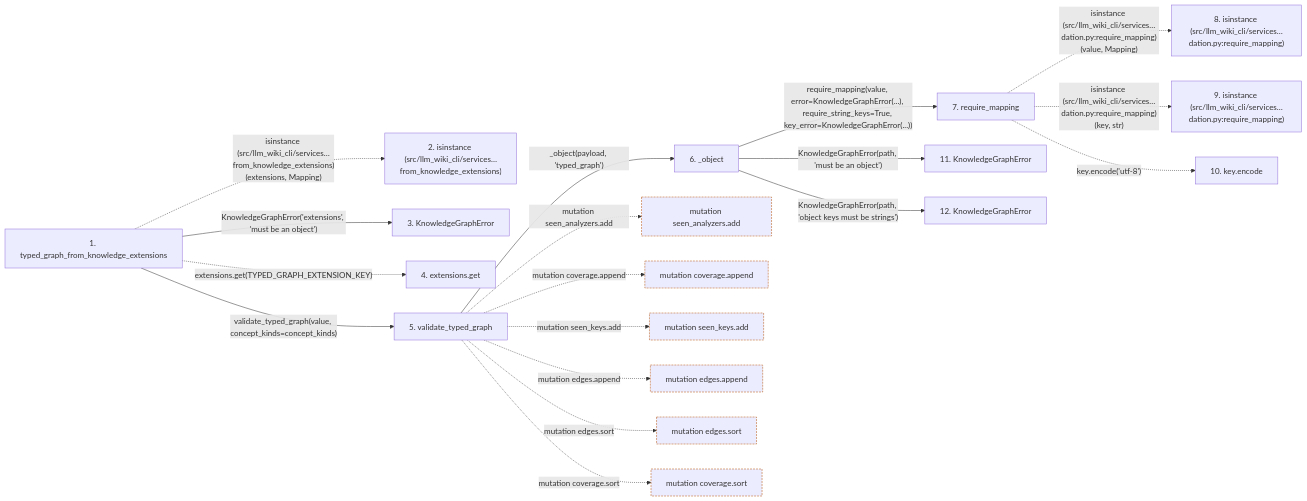
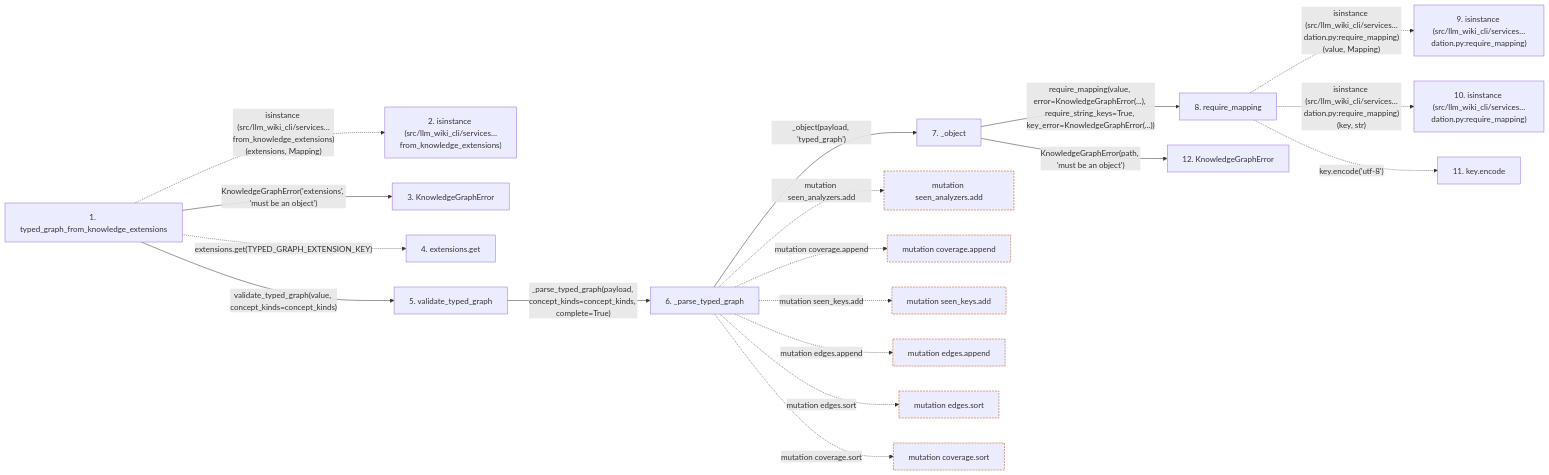
The second of 2 diagrams in docs/llm_wiki/flows/api-typed_graph_from_knowledge_extensions.md (Denissvgn/python-wiki-llm), drawn with Mermaid before and after one commit. The commit also changed other lines of this file and 865 other files, not shown here.

````diff
--- a/docs/llm_wiki/flows/api-typed_graph_from_knowledge_extensions.md
+++ b/docs/llm_wiki/flows/api-typed_graph_from_knowledge_extensions.md
@@ -79,52 +79,52 @@
 ```mermaid
 flowchart LR
     s1["1. typed_graph_from_knowledge_extensions"]
     s2["2. isinstance (src/llm_wiki_cli/services…from_knowledge_extensions)"]
     s3["3. KnowledgeGraphError"]
     s4["4. extensions.get"]
     s5["5. validate_typed_graph"]
-    s6["6. _object"]
-    s7["7. require_mapping"]
-    s8["8. isinstance (src/llm_wiki_cli/services…dation.py:require_mapping)"]
+    s6["6. _parse_typed_graph"]
+    s7["7. _object"]
+    s8["8. require_mapping"]
     s9["9. isinstance (src/llm_wiki_cli/services…dation.py:require_mapping)"]
-    s10["10. key.encode"]
-    s11["11. KnowledgeGraphError"]
+    s10["10. isinstance (src/llm_wiki_cli/services…dation.py:require_mapping)"]
+    s11["11. key.encode"]
     s12["12. KnowledgeGraphError"]
     s1 -. "isinstance (src/llm_wiki_cli/services…from_knowledge_extensions)(extensions, Mapping)" .-> s2
     s1 -->|"KnowledgeGraphError('extensions', 'must be an object')"| s3
     s1 -. "extensions.get(TYPED_GRAPH_EXTENSION_KEY)" .-> s4
     s1 -->|"validate_typed_graph(value, concept_kinds=concept_kinds)"| s5
-    s5 -->|"_object(payload, 'typed_graph')"| s6
-    s6 -->|"require_mapping(value, error=KnowledgeGraphError(...), require_string_keys=True, key_error=KnowledgeGraphError(...))"| s7
-    s7 -. "isinstance (src/llm_wiki_cli/services…dation.py:require_mapping)(value, Mapping)" .-> s8
-    s7 -. "isinstance (src/llm_wiki_cli/services…dation.py:require_mapping)(key, str)" .-> s9
-    s7 -. "key.encode('utf-8')" .-> s10
-    s6 -->|"KnowledgeGraphError(path, 'must be an object')"| s11
-    s6 -->|"KnowledgeGraphError(path, 'object keys must be strings')"| s12
+    s5 -->|"_parse_typed_graph(payload, concept_kinds=concept_kinds, complete=True)"| s6
+    s6 -->|"_object(payload, 'typed_graph')"| s7
+    s7 -->|"require_mapping(value, error=KnowledgeGraphError(...), require_string_keys=True, key_error=KnowledgeGraphError(...))"| s8
+    s8 -. "isinstance (src/llm_wiki_cli/services…dation.py:require_mapping)(value, Mapping)" .-> s9
+    s8 -. "isinstance (src/llm_wiki_cli/services…dation.py:require_mapping)(key, str)" .-> s10
+    s8 -. "key.encode('utf-8')" .-> s11
+    s7 -->|"KnowledgeGraphError(path, 'must be an object')"| s12
     b0["mutation seen_analyzers.add"]
-    s5 -. "mutation seen_analyzers.add" .-> b0
+    s6 -. "mutation seen_analyzers.add" .-> b0
     b1["mutation coverage.append"]
-    s5 -. "mutation coverage.append" .-> b1
+    s6 -. "mutation coverage.append" .-> b1
     b2["mutation seen_keys.add"]
-    s5 -. "mutation seen_keys.add" .-> b2
+    s6 -. "mutation seen_keys.add" .-> b2
     b3["mutation edges.append"]
-    s5 -. "mutation edges.append" .-> b3
+    s6 -. "mutation edges.append" .-> b3
     b4["mutation edges.sort"]
-    s5 -. "mutation edges.sort" .-> b4
+    s6 -. "mutation edges.sort" .-> b4
     b5["mutation coverage.sort"]
-    s5 -. "mutation coverage.sort" .-> b5
+    s6 -. "mutation coverage.sort" .-> b5
     click s1 "../modules/knowledge_graph.md"
     click s3 "../modules/knowledge_graph.md"
     click s5 "../modules/knowledge_graph.md"
     click s6 "../modules/knowledge_graph.md"
-    click s7 "../modules/validation.md"
-    click s11 "../modules/knowledge_graph.md"
+    click s7 "../modules/knowledge_graph.md"
+    click s8 "../modules/validation.md"
     click s12 "../modules/knowledge_graph.md"
     classDef boundary stroke:#b45309,stroke-dasharray: 4 2
     class b0 boundary
     class b1 boundary
     class b2 boundary
     class b3 boundary
     class b4 boundary
     class b5 boundary
 ```
````
